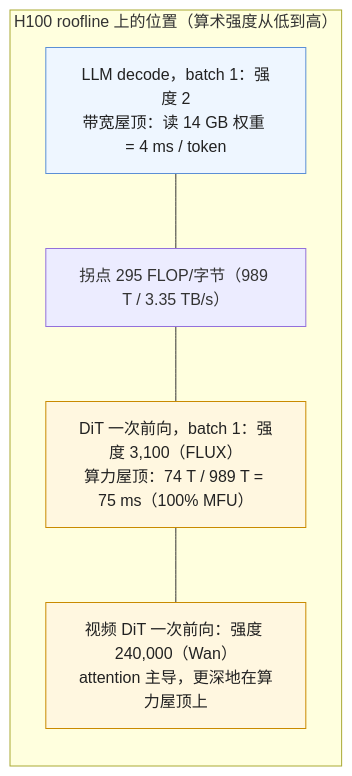
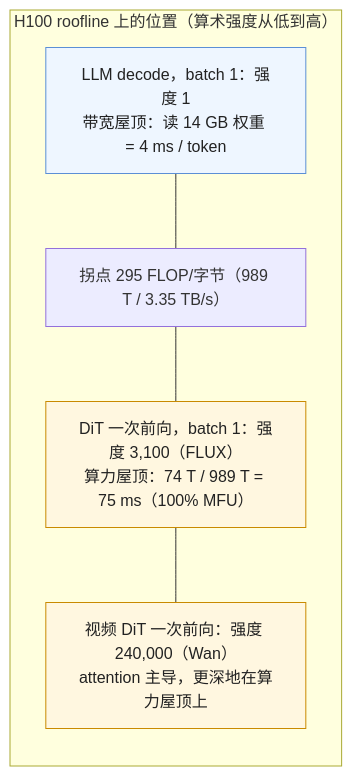
The fourth of 4 diagrams in _posts/2026-09-05-diffusion-inference-workload-anatomy-and-cost-ledger.md (arganzheng/arganzheng.github.com), drawn with Mermaid before and after one commit. The commit also changed other lines of this file, not shown here.

````diff
--- a/_posts/2026-09-05-diffusion-inference-workload-anatomy-and-cost-ledger.md
+++ b/_posts/2026-09-05-diffusion-inference-workload-anatomy-and-cost-ledger.md
@@ -475,17 +514,17 @@
 ```mermaid
 %% 图：H100 roofline 上的位置：LLM decode 在带宽屋顶，DiT 一次前向强度 3,100 在算力屋顶，视频 DiT 更深
 flowchart TB
     subgraph ROOF["H100 roofline 上的位置（算术强度从低到高）"]
         direction TB
-        A["LLM decode，batch 1：强度 2
+        A["LLM decode，batch 1：强度 1
 带宽屋顶：读 14 GB 权重 = 4 ms / token"] --- K["拐点 295 FLOP/字节（989 T / 3.35 TB/s）"]
         K --- B["DiT 一次前向，batch 1：强度 3,100（FLUX）
 算力屋顶：74 T / 989 T = 75 ms（100% MFU）"]
         B --- C["视频 DiT 一次前向：强度 240,000（Wan）
 attention 主导，更深地在算力屋顶上"]
     end
     classDef mem fill:#eef6ff,stroke:#5b8fd6,color:#222
     classDef comp fill:#fff7e0,stroke:#c98a00,color:#222
     class A mem
     class B,C comp
 ```
````
